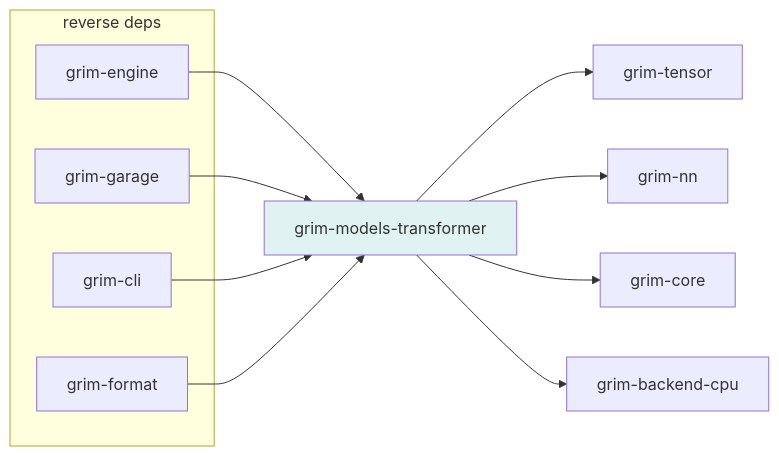
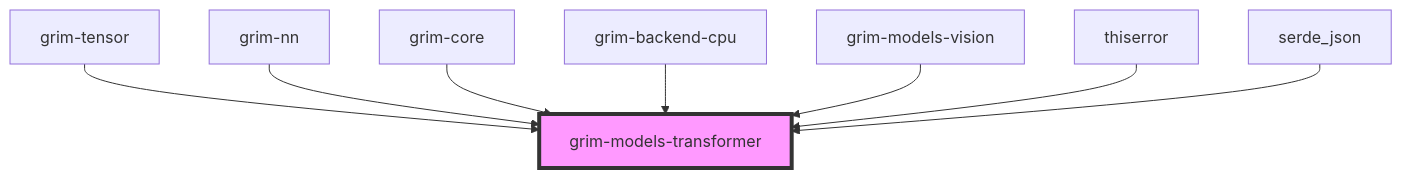
The diagram in crates/grim-models/transformer/README.md (sydonayrex/grim), drawn with Mermaid before and after one commit. The commit also changed other lines of this file and 53 other files, not shown here.

````diff
--- a/crates/grim-models/transformer/README.md
+++ b/crates/grim-models/transformer/README.md
@@ -17,21 +12,17 @@
 ```mermaid
-graph LR
-    A[grim-models-transformer] --> B[grim-tensor]
-    A --> C[grim-nn]
-    A --> D[grim-core]
-    A --> E[grim-backend-cpu]
-
-    subgraph "reverse deps"
-        F1[grim-engine]
-        F2[grim-garage]
-        F3[grim-cli]
-        F4[grim-format]
-    end
-
-    F1 --> A
-    F2 --> A
-    F3 --> A
-    F4 --> A
-
-    style A fill:#e0f2f1
+graph TD
+    T[grim-tensor] --> TR[grim-models-transformer]
+    N[grim-nn] --> TR
+    C[grim-core] --> TR
+    CPU[grim-backend-cpu] --> TR
+    V[grim-models-vision] --> TR
+    E[thiserror] --> TR
+    SJ[serde_json] --> TR
+    
+    %% Reverse dependencies (e.g. CLI, Server) omitted for brevity
+    
+    classDef focus fill:#f9f,stroke:#333,stroke-width:4px;
+    class TR focus;
+    %% min 480px
+    style TR padding:20px
 ```
````
